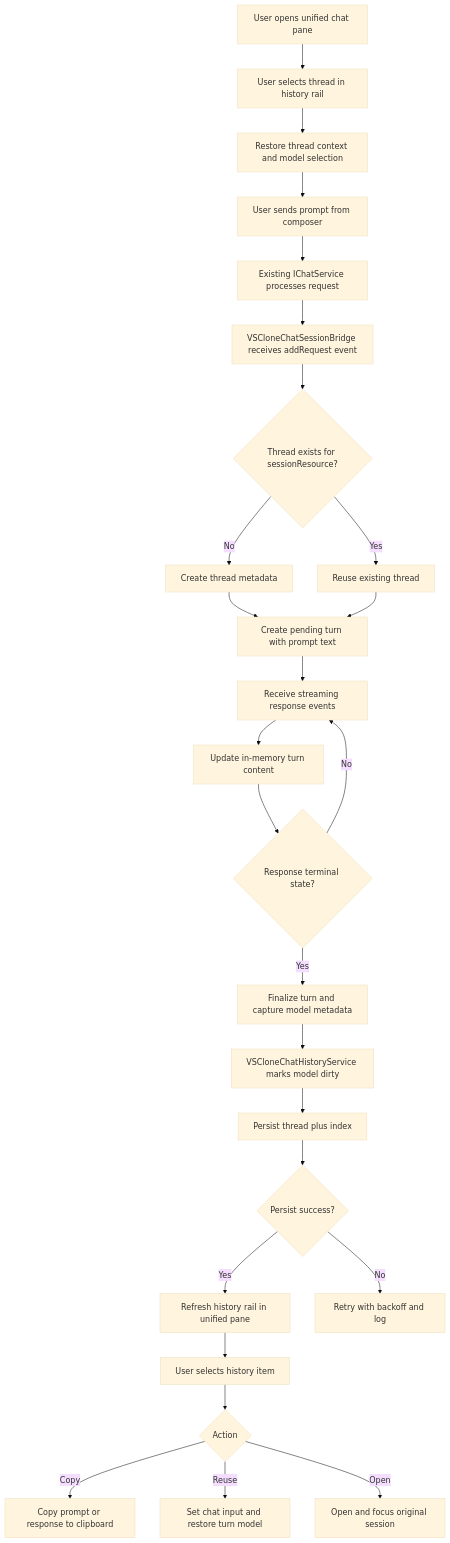
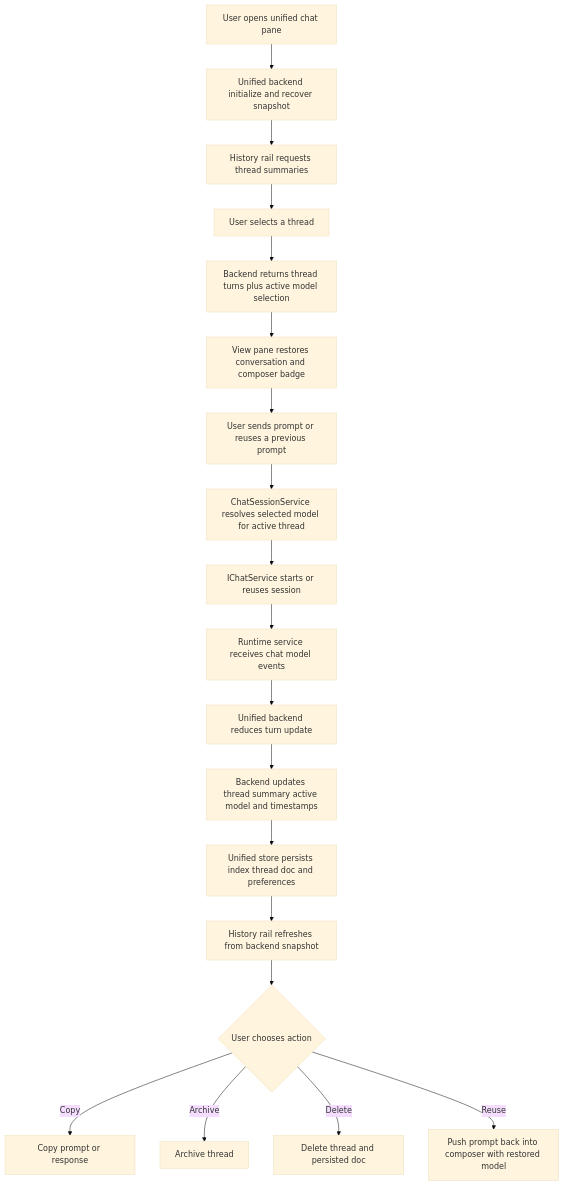
One commit to BrandonHowe/cs485-llm-ide changed the diagram in cs485/diagrams/userstory1/flow-chart-1.mmd. Above: the diagram before and after it, drawn with Mermaid (base theme). The commit also changed 63 other files, not shown here.

```diff
--- a/cs485/diagrams/userstory1/flow-chart-1.mmd
+++ b/cs485/diagrams/userstory1/flow-chart-1.mmd
@@ -1,26 +1,19 @@
 flowchart TD
-  A[User opens unified chat pane] --> B[User selects thread in history rail]
-  B --> C[Restore thread context and model selection]
-  C --> D[User sends prompt from composer]
-  D --> E[Existing IChatService processes request]
-  E --> F[VSCloneChatSessionBridge receives addRequest event]
-  F --> G{Thread exists for sessionResource?}
-  G -- No --> H[Create thread metadata]
-  G -- Yes --> I[Reuse existing thread]
-  H --> J[Create pending turn with prompt text]
-  I --> J
-  J --> K[Receive streaming response events]
-  K --> L[Update in-memory turn content]
-  L --> M{Response terminal state?}
-  M -- No --> K
-  M -- Yes --> N[Finalize turn and capture model metadata]
-  N --> O[VSCloneChatHistoryService marks model dirty]
-  O --> P[Persist thread plus index]
-  P --> Q{Persist success?}
-  Q -- Yes --> R[Refresh history rail in unified pane]
-  Q -- No --> S[Retry with backoff and log]
-  R --> T[User selects history item]
-  T --> U{Action}
-  U -- Copy --> V[Copy prompt or response to clipboard]
-  U -- Reuse --> W[Set chat input and restore turn model]
-  U -- Open --> X[Open and focus original session]
+  A[User opens unified chat pane] --> B[Unified backend initialize and recover snapshot]
+  B --> C[History rail requests thread summaries]
+  C --> D[User selects a thread]
+  D --> E[Backend returns thread turns plus active model selection]
+  E --> F[View pane restores conversation and composer badge]
+  F --> G[User sends prompt or reuses a previous prompt]
+  G --> H[ChatSessionService resolves selected model for active thread]
+  H --> I[IChatService starts or reuses session]
+  I --> J[Runtime service receives chat model events]
+  J --> K[Unified backend reduces turn update]
+  K --> L[Backend updates thread summary active model and timestamps]
+  L --> M[Unified store persists index thread doc and preferences]
+  M --> N[History rail refreshes from backend snapshot]
+  N --> O{User chooses action}
+  O -- Copy --> P[Copy prompt or response]
+  O -- Archive --> Q[Archive thread]
+  O -- Delete --> R[Delete thread and persisted doc]
+  O -- Reuse --> S[Push prompt back into composer with restored model]
```
